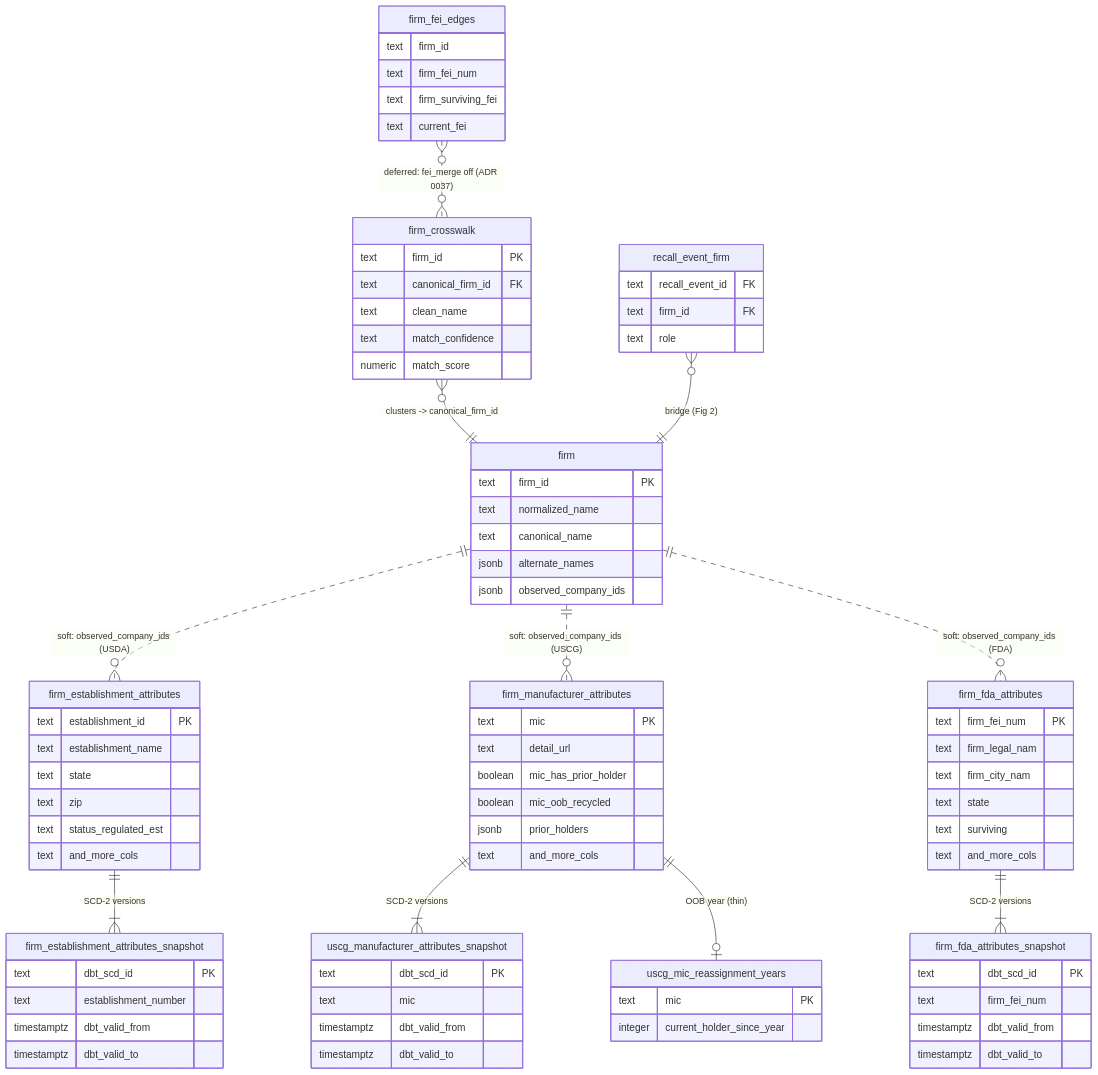
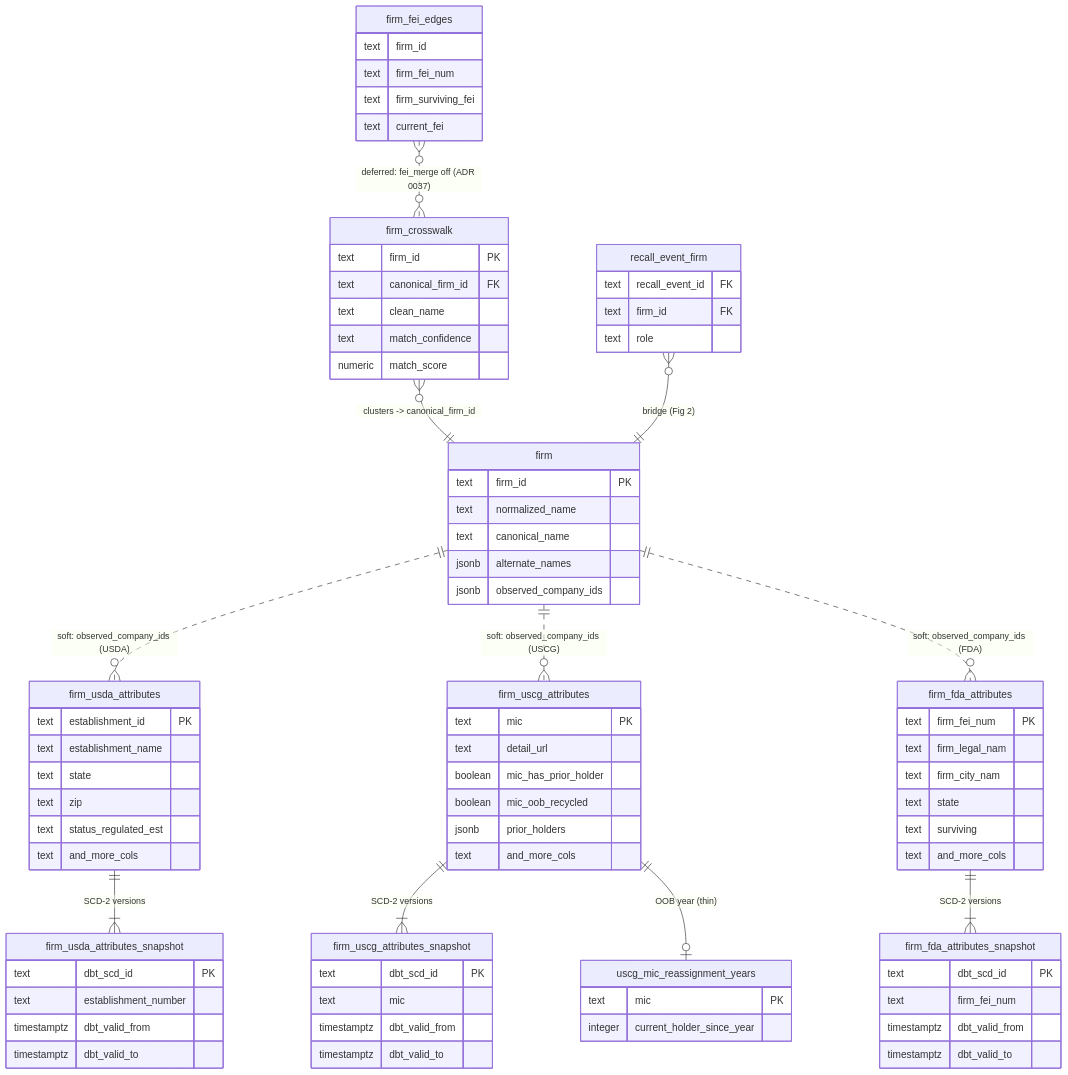
The third of 4 diagrams in documentation/database_overview.md (justanesta/consumer-product-recalls), drawn with Mermaid before and after one commit. The commit also changed other lines of this file and 189 other files, not shown here.

```diff
--- a/documentation/database_overview.md
+++ b/documentation/database_overview.md
@@ -295,14 +298,14 @@
       recall_event_firm }o--|| firm           : "bridge (Fig 2)"
       firm_fei_edges    }o..o{ firm_crosswalk : "deferred: fei_merge off (ADR 0037)"
 
-      firm ||..o{ firm_establishment_attributes : "soft: observed_company_ids (USDA)"
-      firm ||..o{ firm_manufacturer_attributes  : "soft: observed_company_ids (USCG)"
+      firm ||..o{ firm_usda_attributes : "soft: observed_company_ids (USDA)"
+      firm ||..o{ firm_uscg_attributes  : "soft: observed_company_ids (USCG)"
       firm ||..o{ firm_fda_attributes           : "soft: observed_company_ids (FDA)"
 
-      firm_establishment_attributes ||--|{ firm_establishment_attributes_snapshot : "SCD-2 versions"
+      firm_usda_attributes ||--|{ firm_usda_attributes_snapshot : "SCD-2 versions"
       firm_fda_attributes           ||--|{ firm_fda_attributes_snapshot           : "SCD-2 versions"
-      firm_manufacturer_attributes  ||--|{ uscg_manufacturer_attributes_snapshot  : "SCD-2 versions"
-      firm_manufacturer_attributes  ||--o| uscg_mic_reassignment_years            : "OOB year (thin)"
+      firm_uscg_attributes  ||--|{ firm_uscg_attributes_snapshot  : "SCD-2 versions"
+      firm_uscg_attributes  ||--o| uscg_mic_reassignment_years            : "OOB year (thin)"
 
       firm {
           text  firm_id              PK
@@ -324,7 +327,7 @@
           text firm_surviving_fei
           text current_fei
       }
-      firm_establishment_attributes {
+      firm_usda_attributes {
           text establishment_id     PK
           text establishment_name
           text state
@@ -332,7 +335,7 @@
           text status_regulated_est
           text and_more_cols
       }
-      firm_manufacturer_attributes {
+      firm_uscg_attributes {
           text    mic                  PK
           text    detail_url
           boolean mic_has_prior_holder
@@ -348,7 +351,7 @@
           text surviving
           text and_more_cols
       }
-      firm_establishment_attributes_snapshot {
+      firm_usda_attributes_snapshot {
           text        dbt_scd_id           PK
           text        establishment_number
           timestamptz dbt_valid_from
@@ -360,7 +363,7 @@
           timestamptz dbt_valid_from
           timestamptz dbt_valid_to
       }
-      uscg_manufacturer_attributes_snapshot {
+      firm_uscg_attributes_snapshot {
           text        dbt_scd_id PK
           text        mic
           timestamptz dbt_valid_from
```
